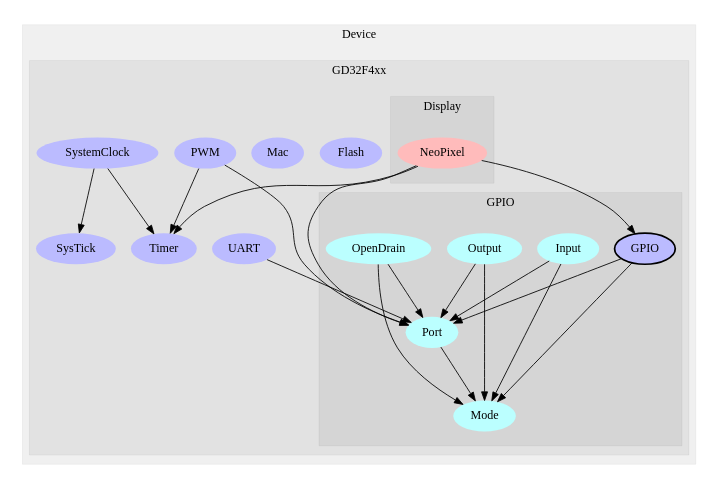
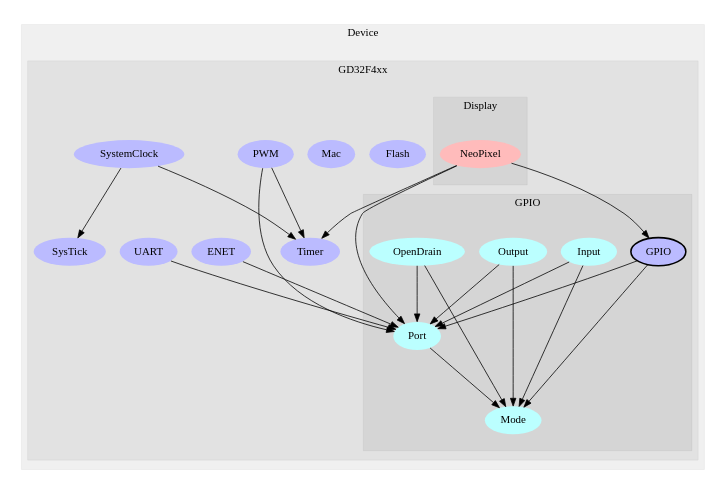
One commit to gev/reacthome-firmware changed the diagram in graph/src/Device/GD32F4xx.dot. Above: the diagram before and after it, drawn with Graphviz. The commit also changed 27 other files, not shown here.

Commit message:
update the modules dependencies graph

```diff
--- a/graph/src/Device/GD32F4xx.dot
+++ b/graph/src/Device/GD32F4xx.dot
@@ -1,60 +1,62 @@
 digraph G {
 size="6,4";
 ratio="fill";
 subgraph cluster_0 {
 label="Device";
 color="#0000000F";
 style="filled";
 subgraph cluster_1 {
 label="GD32F4xx";
 color="#0000000F";
 style="filled";
 u0[label="UART",style="filled",fillcolor="#bbbbff",penwidth="0"];
 u1[label="Flash",style="filled",fillcolor="#bbbbff",penwidth="0"];
 u3[label="Mac",style="filled",fillcolor="#bbbbff",penwidth="0"];
-u4[label="SysTick",style="filled",fillcolor="#bbbbff",penwidth="0"];
-u5[label="PWM",style="filled",fillcolor="#bbbbff",penwidth="0"];
-u6[label="SystemClock",style="filled",fillcolor="#bbbbff",penwidth="0"];
-u13[label="Timer",style="filled",fillcolor="#bbbbff",penwidth="0"];
+u4[label="ENET",style="filled",fillcolor="#bbbbff",penwidth="0"];
+u5[label="SysTick",style="filled",fillcolor="#bbbbff",penwidth="0"];
+u6[label="PWM",style="filled",fillcolor="#bbbbff",penwidth="0"];
+u7[label="SystemClock",style="filled",fillcolor="#bbbbff",penwidth="0"];
+u14[label="Timer",style="filled",fillcolor="#bbbbff",penwidth="0"];
 subgraph cluster_2 {
 label="Display";
 color="#0000000F";
 style="filled";
-u7[label="NeoPixel",style="filled",fillcolor="#ffbbbb",penwidth="0"];
+u8[label="NeoPixel",style="filled",fillcolor="#ffbbbb",penwidth="0"];
 
 }
 subgraph cluster_3 {
 label="GPIO";
 color="#0000000F";
 style="filled";
 u2[label="GPIO",style="filled,bold",fillcolor="#bbbbff"];
-u8[label="Input",style="filled",fillcolor="#bbffff",penwidth="0"];
-u9[label="Mode",style="filled",fillcolor="#bbffff",penwidth="0"];
-u10[label="Output",style="filled",fillcolor="#bbffff",penwidth="0"];
-u11[label="OpenDrain",style="filled",fillcolor="#bbffff",penwidth="0"];
-u12[label="Port",style="filled",fillcolor="#bbffff",penwidth="0"];
+u9[label="Input",style="filled",fillcolor="#bbffff",penwidth="0"];
+u10[label="Mode",style="filled",fillcolor="#bbffff",penwidth="0"];
+u11[label="Output",style="filled",fillcolor="#bbffff",penwidth="0"];
+u12[label="OpenDrain",style="filled",fillcolor="#bbffff",penwidth="0"];
+u13[label="Port",style="filled",fillcolor="#bbffff",penwidth="0"];
 
 }
 
 }
 
 }
-u0 -> u12;
-u2 -> u9;
-u2 -> u12;
-u5 -> u12;
-u5 -> u13;
-u6 -> u4;
+u0 -> u13;
+u2 -> u10;
+u2 -> u13;
+u4 -> u13;
 u6 -> u13;
-u7 -> u2;
-u7 -> u12;
-u7 -> u13;
-u8 -> u9;
-u8 -> u12;
-u10 -> u9;
-u10 -> u12;
-u11 -> u9;
-u11 -> u12;
-u12 -> u9;
+u6 -> u14;
+u7 -> u5;
+u7 -> u14;
+u8 -> u2;
+u8 -> u13;
+u8 -> u14;
+u9 -> u10;
+u9 -> u13;
+u11 -> u10;
+u11 -> u13;
+u12 -> u10;
+u12 -> u13;
+u13 -> u10;
 
 }
```
